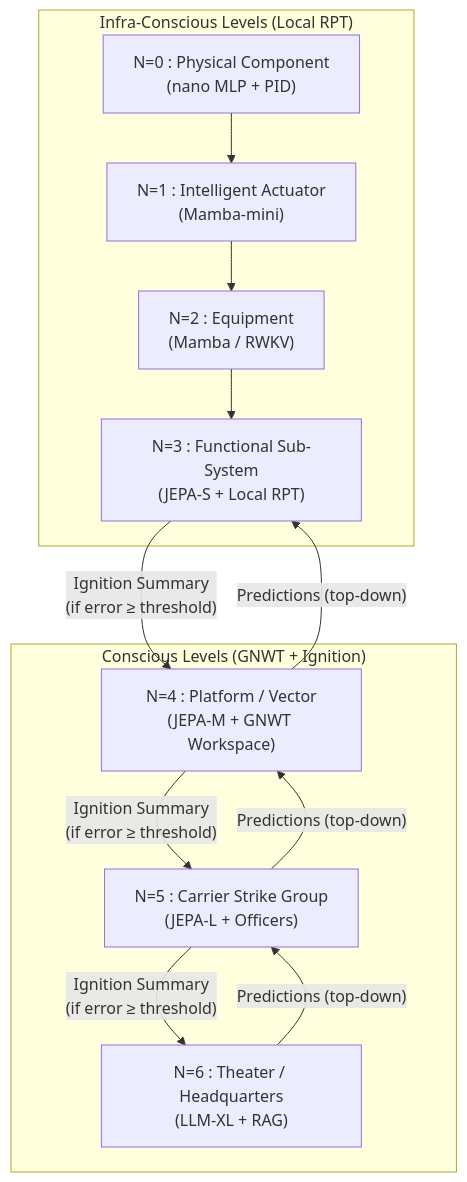
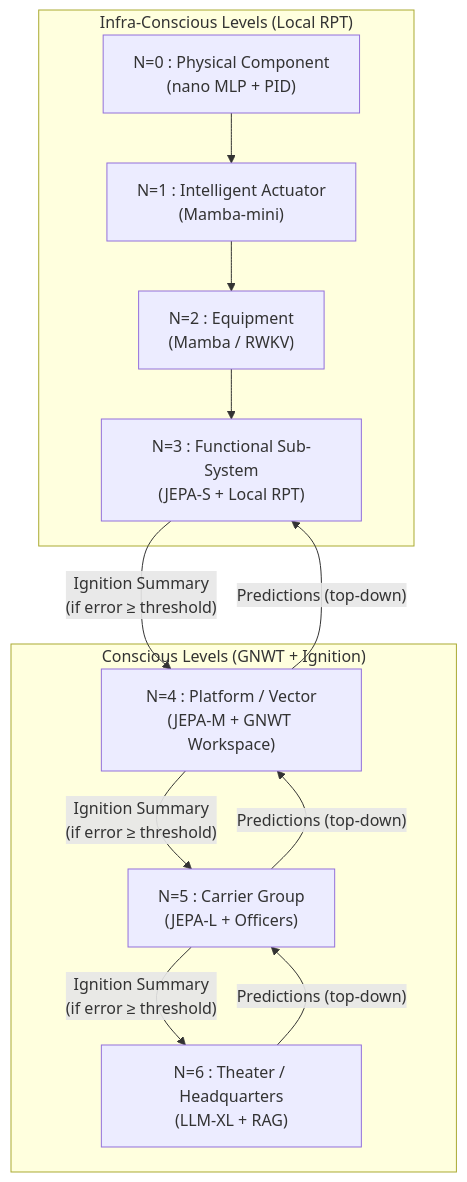
The third of 7 diagrams in architecture/architecture.md (AlainCo/GNWT-Garrigue-X-en), drawn with Mermaid before and after one commit. The commit also changed other lines of this file and 16 other files, not shown here.

````diff
--- a/architecture/architecture.md
+++ b/architecture/architecture.md
@@ -31,24 +31,24 @@
 ```mermaid
 flowchart TD
     subgraph N0to3 ["Infra-Conscious Levels (Local RPT)"]
         N0["N=0 : Physical Component<br>(nano MLP + PID)"]
         N1["N=1 : Intelligent Actuator<br>(Mamba-mini)"]
         N2["N=2 : Equipment<br>(Mamba / RWKV)"]
         N3["N=3 : Functional Sub-System<br>(JEPA-S + Local RPT)"]
     end
 
     subgraph N4to6 ["Conscious Levels (GNWT + Ignition)"]
         N4["N=4 : Platform / Vector<br>(JEPA-M + GNWT Workspace)"]
-        N5["N=5 : Carrier Strike Group<br>(JEPA-L + Officers)"]
+        N5["N=5 : Carrier Group<br>(JEPA-L + Officers)"]
         N6["N=6 : Theater / Headquarters<br>(LLM-XL + RAG)"]
     end
 
     N0 --> N1 --> N2 --> N3
     N3 -->|"Ignition Summary<br>(if error ≥ threshold)"| N4
     N4 -->|"Ignition Summary<br>(if error ≥ threshold)"| N5
     N5 -->|"Ignition Summary<br>(if error ≥ threshold)"| N6
 
     N6 -->|"Predictions (top-down)"| N5
     N5 -->|"Predictions (top-down)"| N4
     N4 -->|"Predictions (top-down)"| N3
 ```
````
